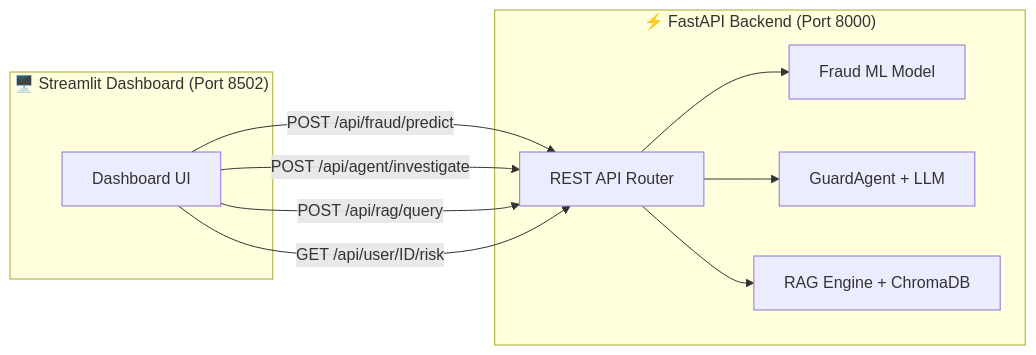
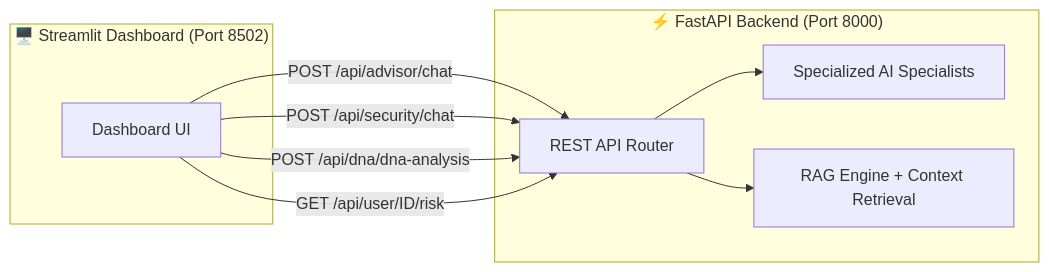
One commit to ladkrutarth/Veriscan-Cortex changed the fourth of 4 diagrams in README.md. Above: the diagram before and after it, drawn with Mermaid. The commit also changed other lines of this file, not shown here.

Commit message:
📝 Documentation: Updated Repository Structure and Microservices Architecture to reflect the clean, specialized-agent codebase.

````diff
--- a/README.md
+++ b/README.md
@@ -234,21 +232,19 @@
 ```mermaid
 graph LR
     subgraph Frontend ["🖥️ Streamlit Dashboard (Port 8502)"]
         UI[Dashboard UI]
     end
 
     subgraph Backend ["⚡ FastAPI Backend (Port 8000)"]
         API[REST API Router]
-        ML[Fraud ML Model]
-        Agent[GuardAgent + LLM]
-        RAG[RAG Engine + ChromaDB]
+        Agent[Specialized AI Specialists]
+        RAG[RAG Engine + Context Retrieval]
     end
 
-    UI -->|POST /api/fraud/predict| API
-    UI -->|POST /api/agent/investigate| API
-    UI -->|POST /api/rag/query| API
+    UI -->|POST /api/advisor/chat| API
+    UI -->|POST /api/security/chat| API
+    UI -->|POST /api/dna/dna-analysis| API
     UI -->|GET /api/user/ID/risk| API
-    API --> ML
     API --> Agent
     API --> RAG
 ```
````
